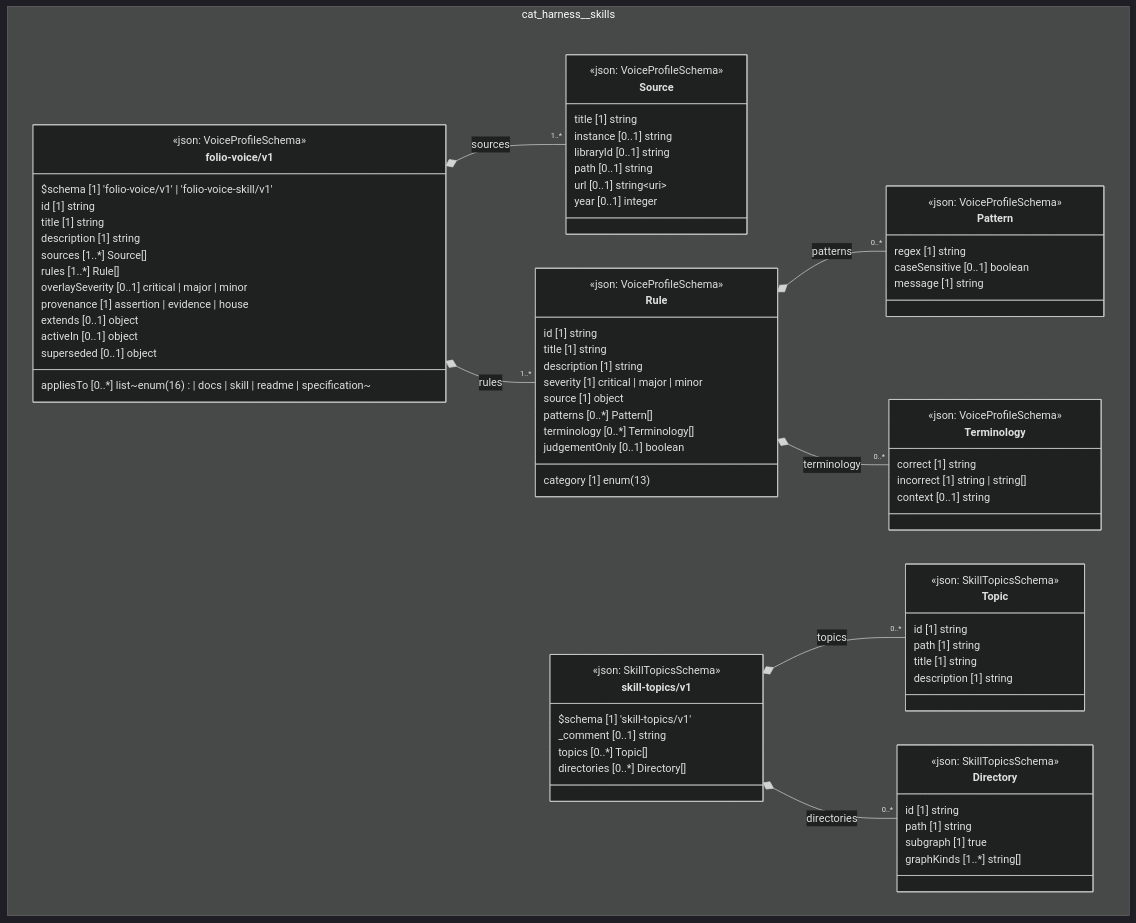
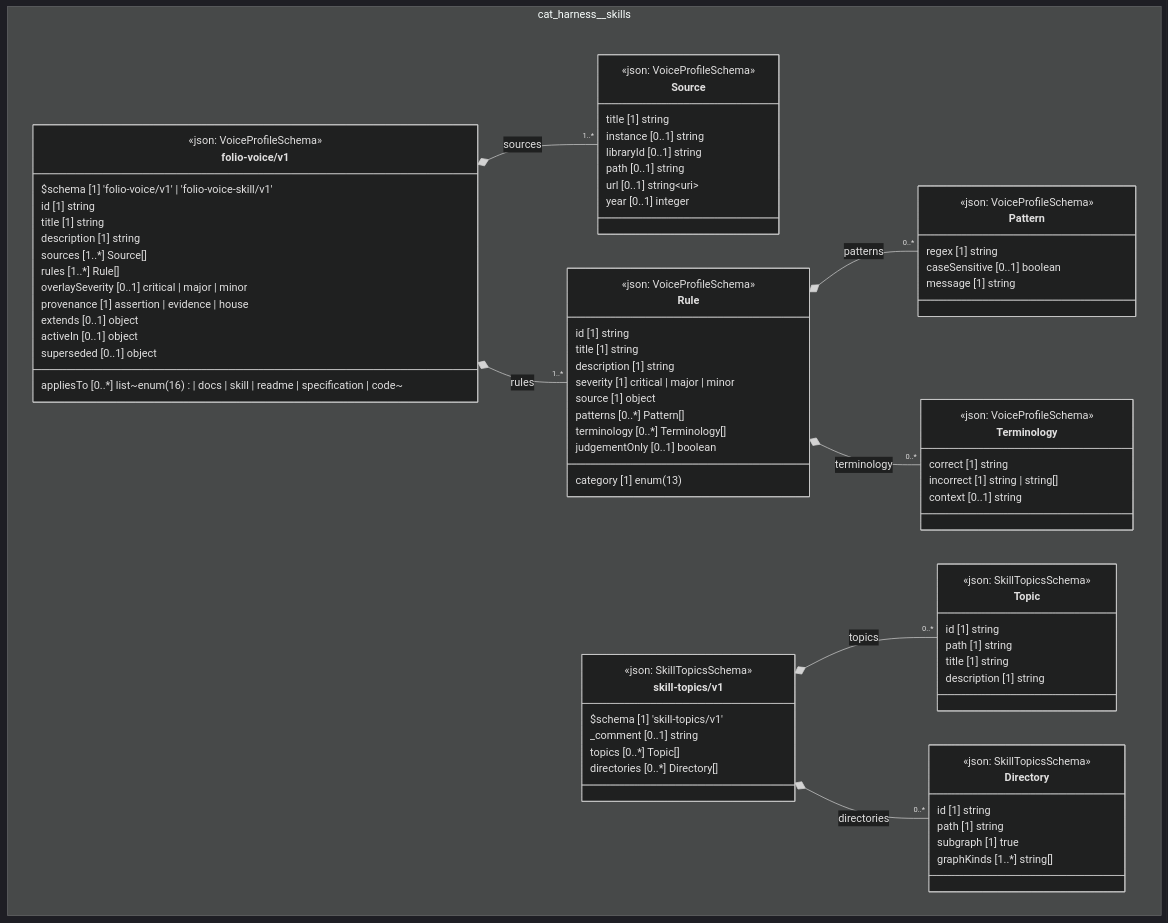
The diagram in cat-harness/uml/overview/cat-harness/skills.mmd (litlfred/folio-assistant), drawn with Mermaid (dark theme) before and after one commit. The commit also changed 44 other files, not shown here.

```diff
--- a/cat-harness/uml/overview/cat-harness/skills.mmd
+++ b/cat-harness/uml/overview/cat-harness/skills.mmd
@@ -1,87 +1,87 @@
 classDiagram
   direction TB
   namespace cat_harness__skills {
     class cat_harness_skills_folio_voice_v1_Source["Source"] {
       <<json: VoiceProfileSchema>>
       title [1] string
       instance [0..1] string
       libraryId [0..1] string
       path [0..1] string
       url [0..1] string~uri~
       year [0..1] integer
     }
     class cat_harness_skills_folio_voice_v1_Pattern["Pattern"] {
       <<json: VoiceProfileSchema>>
       regex [1] string
       caseSensitive [0..1] boolean
       message [1] string
     }
     class cat_harness_skills_folio_voice_v1_Terminology["Terminology"] {
       <<json: VoiceProfileSchema>>
       correct [1] string
       incorrect [1] string | string[]
       context [0..1] string
     }
     class cat_harness_skills_folio_voice_v1_Rule["Rule"] {
       <<json: VoiceProfileSchema>>
       id [1] string
       title [1] string
       description [1] string
       category [1] enum(13)
       severity [1] critical | major | minor
       source [1] object
       patterns [0..*] Pattern[]
       terminology [0..*] Terminology[]
       judgementOnly [0..1] boolean
     }
     class cat_harness_skills_folio_voice_v1_folio_voice_v1["folio-voice/v1"] {
       <<json: VoiceProfileSchema>>
       $schema [1] 'folio-voice/v1' | 'folio-voice-skill/v1'
       id [1] string
       title [1] string
       description [1] string
       sources [1..*] Source[]
       rules [1..*] Rule[]
       overlaySeverity [0..1] critical | major | minor
-      appliesTo [0..*] list~enum(16) | docs | skill | readme | specification~
+      appliesTo [0..*] list~enum(16) | docs | skill | readme | specification | code~
       provenance [1] assertion | evidence | house
       extends [0..1] object
       activeIn [0..1] object
       superseded [0..1] object
     }
     class cat_harness_skills_skill_topics_v1_Topic["Topic"] {
       <<json: SkillTopicsSchema>>
       id [1] string
       path [1] string
       title [1] string
       description [1] string
     }
     class cat_harness_skills_skill_topics_v1_Directory["Directory"] {
       <<json: SkillTopicsSchema>>
       id [1] string
       path [1] string
       subgraph [1] true
       graphKinds [1..*] string[]
     }
     class cat_harness_skills_skill_topics_v1_skill_topics_v1["skill-topics/v1"] {
       <<json: SkillTopicsSchema>>
       $schema [1] 'skill-topics/v1'
       _comment [0..1] string
       topics [0..*] Topic[]
       directories [0..*] Directory[]
     }
   }
   cat_harness_skills_folio_voice_v1_folio_voice_v1 *-- "1..*" cat_harness_skills_folio_voice_v1_Source : sources
   cat_harness_skills_folio_voice_v1_Rule *-- "0..*" cat_harness_skills_folio_voice_v1_Pattern : patterns
   cat_harness_skills_folio_voice_v1_Rule *-- "0..*" cat_harness_skills_folio_voice_v1_Terminology : terminology
   cat_harness_skills_folio_voice_v1_folio_voice_v1 *-- "1..*" cat_harness_skills_folio_voice_v1_Rule : rules
   cat_harness_skills_skill_topics_v1_skill_topics_v1 *-- "0..*" cat_harness_skills_skill_topics_v1_Topic : topics
   cat_harness_skills_skill_topics_v1_skill_topics_v1 *-- "0..*" cat_harness_skills_skill_topics_v1_Directory : directories
   cssClass "cat_harness_skills_folio_voice_v1_Source" fa_uml_kind_skills
   cssClass "cat_harness_skills_folio_voice_v1_Pattern" fa_uml_kind_skills
   cssClass "cat_harness_skills_folio_voice_v1_Terminology" fa_uml_kind_skills
   cssClass "cat_harness_skills_folio_voice_v1_Rule" fa_uml_kind_skills
   cssClass "cat_harness_skills_folio_voice_v1_folio_voice_v1" fa_uml_kind_skills
   cssClass "cat_harness_skills_skill_topics_v1_Topic" fa_uml_kind_skills
   cssClass "cat_harness_skills_skill_topics_v1_Directory" fa_uml_kind_skills
   cssClass "cat_harness_skills_skill_topics_v1_skill_topics_v1" fa_uml_kind_skills
```
